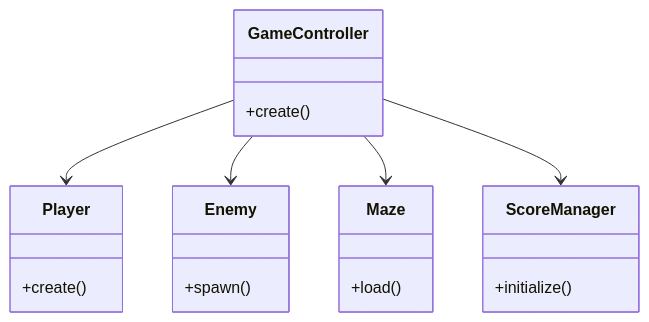
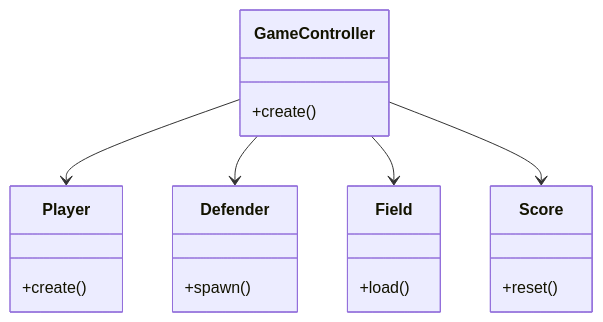
The diagram in docs/uml/initialization_state_class_diagram.mmd (Captivator2/w0505186-midterm), drawn with Mermaid before and after one commit. The commit also changed 1 other file, not shown here.

Commit message:
inital sequence and class diagram

```diff
--- a/docs/uml/initialization_state_class_diagram.mmd
+++ b/docs/uml/initialization_state_class_diagram.mmd
@@ -1,25 +1,25 @@
 classDiagram
 class GameController{
     +create()
 }
 
 class Player{
     +create()
 }
 
-class Enemy{
+class Defender{
     +spawn()
 }
 
-class Maze{
+class Field{
     +load()
 }
 
-class ScoreManager{
-    +initialize()
+class Score{
+    +reset()
 }
 
 GameController --> Player
-GameController --> Enemy
-GameController --> Maze
-GameController --> ScoreManager
+GameController --> Defender
+GameController --> Field
+GameController --> Score
```
